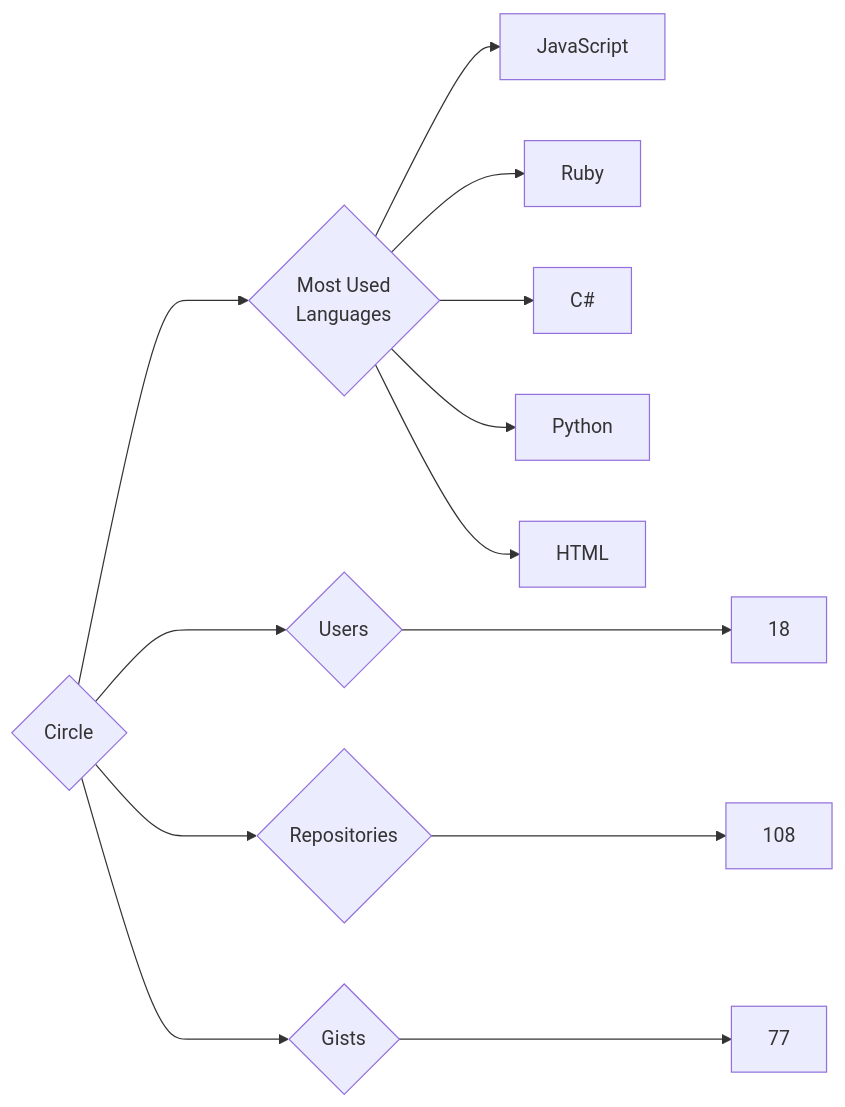
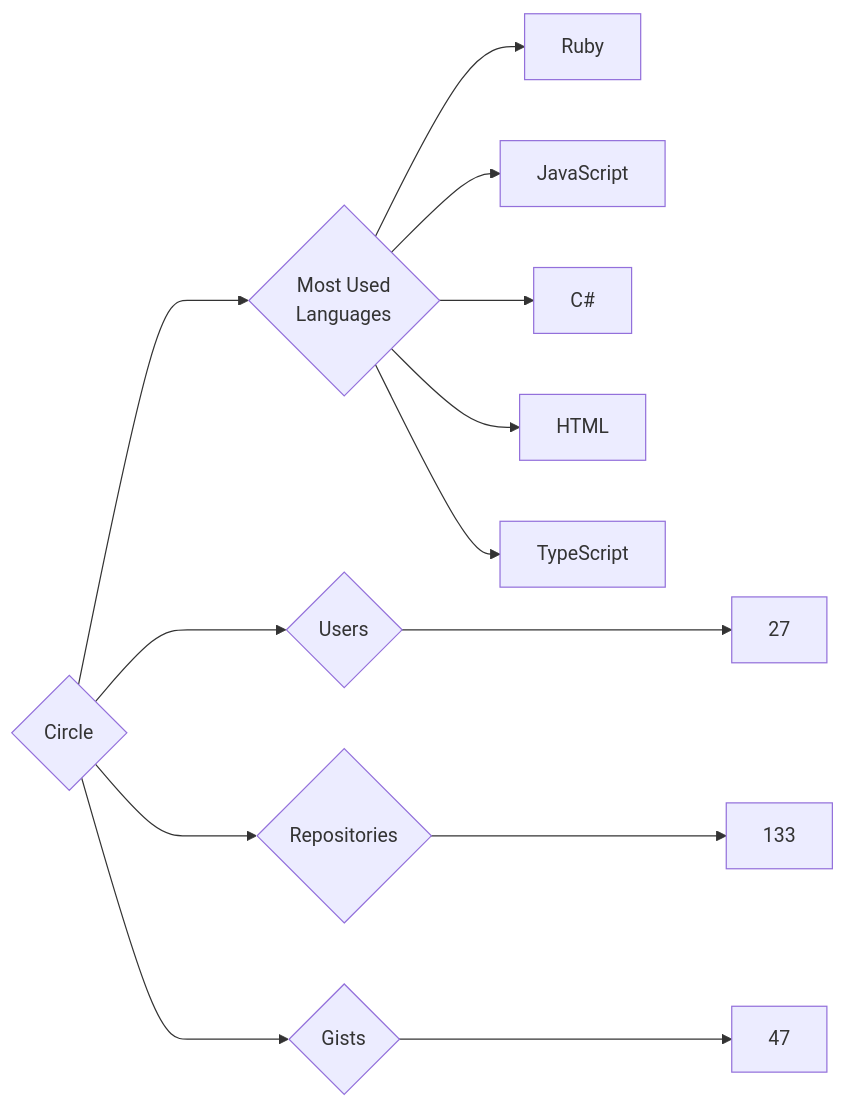
One commit to trickest/insiders changed the diagram in targets/Circle/README.md. Above: the diagram before and after it, drawn with Mermaid. The commit also changed 935 other files, not shown here.

````diff
--- a/targets/Circle/README.md
+++ b/targets/Circle/README.md
@@ -3,13 +3,13 @@
 ```mermaid
 graph LR
 COMPANY_NAME{Circle}
-COMPANY_NAME ---> U{Users} ---> UN[18]
-COMPANY_NAME ---> R{Repositories} ---> RN[108]
-COMPANY_NAME ---> G{Gists} ---> GN[77]
+COMPANY_NAME ---> U{Users} ---> UN[27]
+COMPANY_NAME ---> R{Repositories} ---> RN[133]
+COMPANY_NAME ---> G{Gists} ---> GN[47]
 COMPANY_NAME ---> ML{Most Used<br>Languages}
+ML --> Ruby[Ruby]
 ML --> JavaScript[JavaScript]
-ML --> Ruby[Ruby]
 ML --> C#[C#]
-ML --> Python[Python]
 ML --> HTML[HTML]
+ML --> TypeScript[TypeScript]
 ```
````
